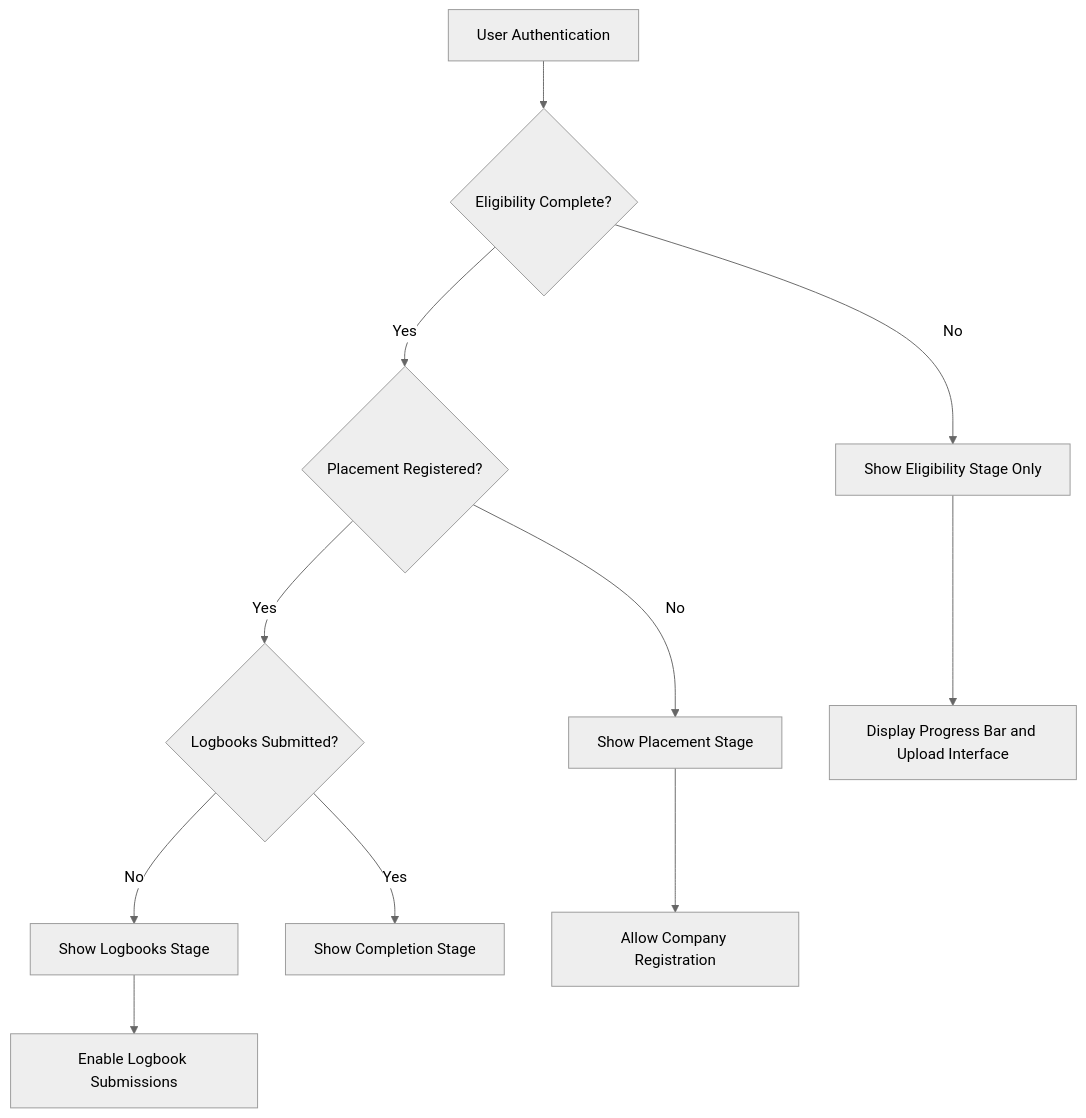
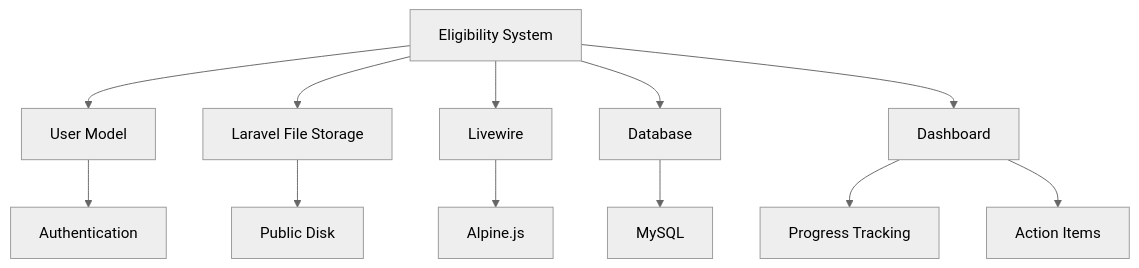
Before and after one commit to puromed/internims: the sixth of 6 diagrams in .qoder/repowiki/en/content/Core Modules/Student Module/Eligibility System.md, drawn with Mermaid (neutral theme). The commit also changed other lines of this file and 51 other files, not shown here.

````diff
--- a/.qoder/repowiki/en/content/Core Modules/Student Module/Eligibility System.md
+++ b/.qoder/repowiki/en/content/Core Modules/Student Module/Eligibility System.md
@@ -166,13 +190,14 @@
 ```mermaid
 graph TD
-A[User Authentication] --> B{Eligibility Complete?}
-B --> |No| C[Show Eligibility Stage Only]
-B --> |Yes| D{Placement Registered?}
-D --> |No| E[Show Placement Stage]
-D --> |Yes| F{Logbooks Submitted?}
-F --> |No| G[Show Logbooks Stage]
-F --> |Yes| H[Show Completion Stage]
-C --> I[Display Progress Bar and Upload Interface]
-E --> J[Allow Company Registration]
-G --> K[Enable Logbook Submissions]
+A[Eligibility System] --> B[User Model]
+A --> C[Laravel File Storage]
+A --> D[Livewire]
+A --> E[Database]
+B --> F[Authentication]
+C --> G[Public Disk]
+D --> H[Alpine.js]
+E --> I[MySQL]
+A --> J[Dashboard]
+J --> K[Progress Tracking]
+J --> L[Action Items]
 ```
````
